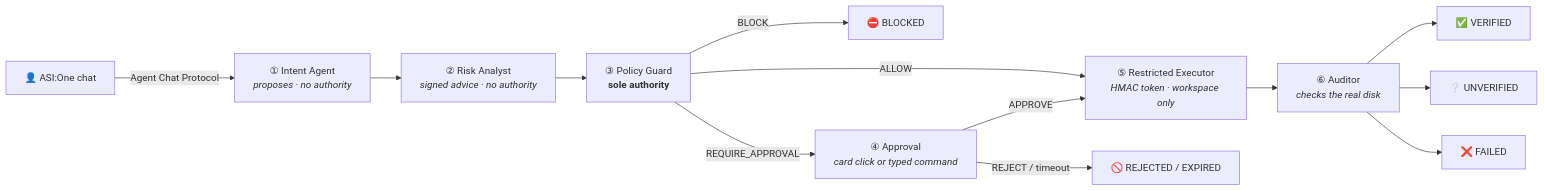
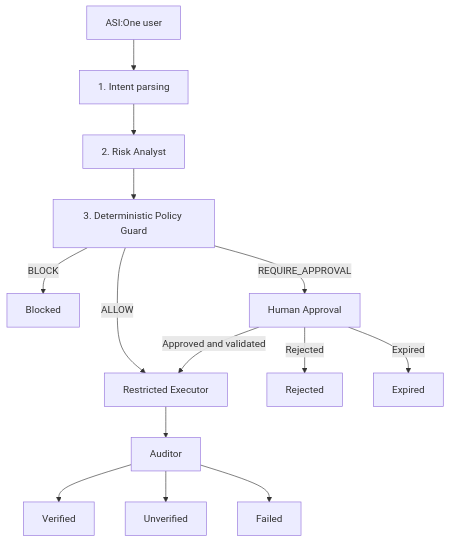
Before and after one commit to Zynx095/WARDEN: the diagram in README.md, drawn with Mermaid. The commit also changed other lines of this file, not shown here.

````diff
--- a/README.md
+++ b/README.md
@@ -49,15 +59,19 @@
 ```mermaid
-flowchart LR
-    U["👤 ASI:One chat"] -->|Agent Chat Protocol| I["① Intent Agent<br/><i>proposes · no authority</i>"]
-    I --> R["② Risk Analyst<br/><i>signed advice · no authority</i>"]
-    R --> P["③ Policy Guard<br/><b>sole authority</b>"]
-    P -- BLOCK --> B["⛔ BLOCKED"]
-    P -- REQUIRE_APPROVAL --> A["④ Approval<br/><i>card click or typed command</i>"]
-    P -- ALLOW --> E
-    A -- APPROVE --> E["⑤ Restricted Executor<br/><i>HMAC token · workspace only</i>"]
-    A -- "REJECT / timeout" --> X["🚫 REJECTED / EXPIRED"]
-    E --> AU["⑥ Auditor<br/><i>checks the real disk</i>"]
-    AU --> V["✅ VERIFIED"]
-    AU --> UV["❔ UNVERIFIED"]
-    AU --> F["❌ FAILED"]
+flowchart TD
+    U["ASI:One user"] --> I["1. Intent parsing"]
+    I --> R["2. Risk Analyst"]
+    R --> P["3. Deterministic Policy Guard"]
+
+    P -->|BLOCK| B["Blocked"]
+    P -->|ALLOW| E["Restricted Executor"]
+    P -->|REQUIRE_APPROVAL| A["Human Approval"]
+
+    A -->|Approved and validated| E
+    A -->|Rejected| X["Rejected"]
+    A -->|Expired| T["Expired"]
+
+    E --> AU["Auditor"]
+    AU --> V["Verified"]
+    AU --> UV["Unverified"]
+    AU --> F["Failed"]
 ```
````
